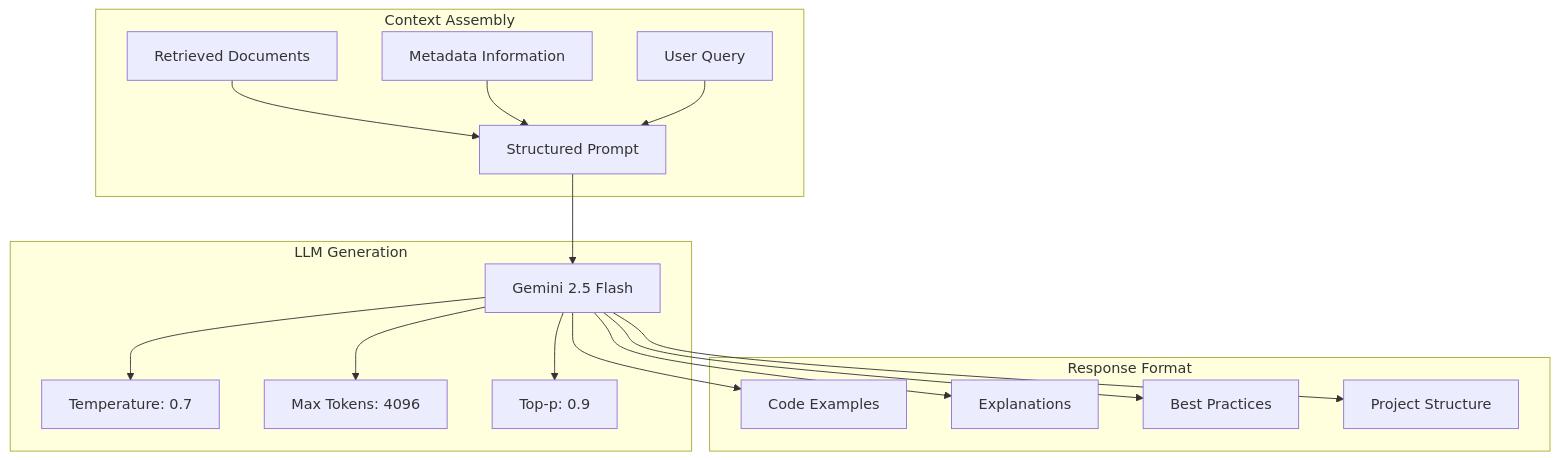
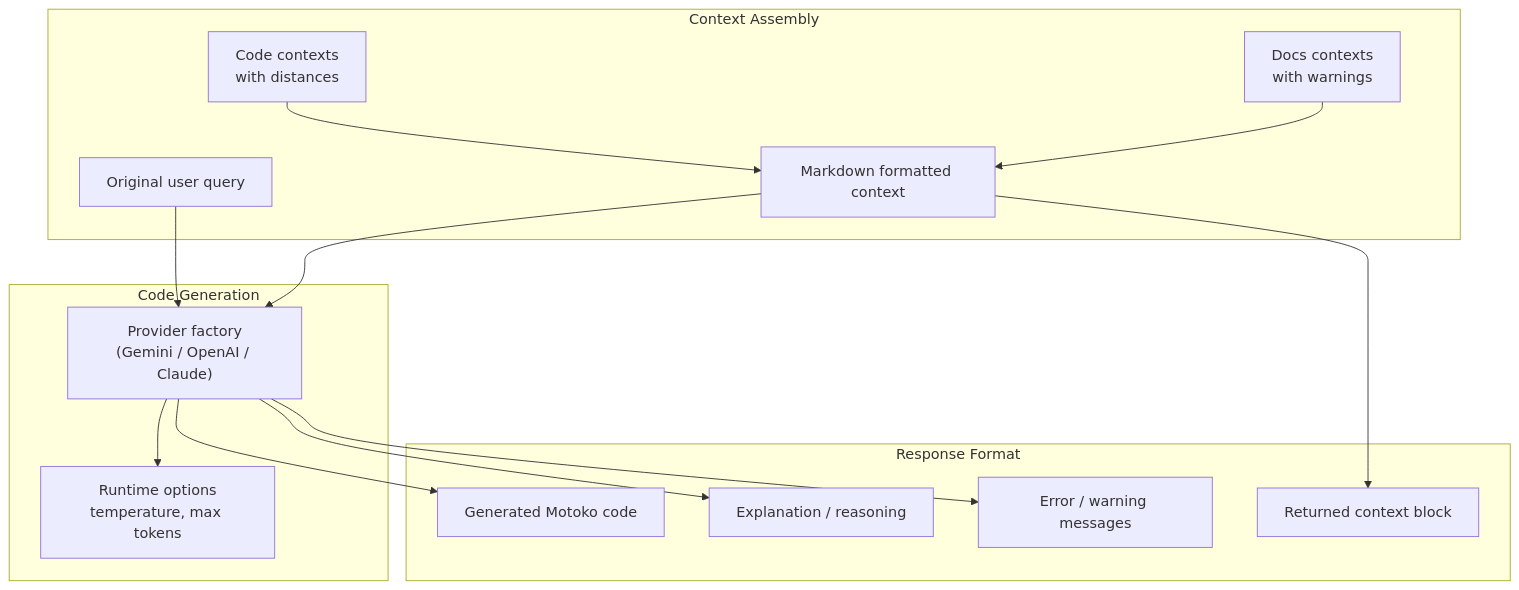
The fourth of 4 diagrams in RAG_APPROACH_DIAGRAM.md (Quantum3-Labs/icp-coder), drawn with Mermaid before and after one commit. The commit also changed other lines of this file and 3 other files, not shown here.

Commit message:
Update rag diagrams, add architecture diagram

````diff
--- a/RAG_APPROACH_DIAGRAM.md
+++ b/RAG_APPROACH_DIAGRAM.md
@@ -63,33 +67,28 @@
 ```mermaid
 graph TB
     subgraph "Context Assembly"
-        C1["Retrieved Documents"]
-        C2["Metadata Information"]
-        C3["User Query"]
-        C4["Structured Prompt"]
+        C1["Code contexts<br/>with distances"]
+        C2["Docs contexts<br/>with warnings"]
+        C3["Original user query"]
+        C4["Markdown formatted context"]
     end
-    subgraph "LLM Generation"
-        D1["Gemini 2.5 Flash"]
-        D2["Temperature: 0.7"]
-        D3["Max Tokens: 4096"]
-        D4["Top-p: 0.9"]
+    subgraph "Code Generation"
+        D1["Provider factory<br/>(Gemini / OpenAI / Claude)"]
+        D2["Runtime options<br/>temperature, max tokens"]
     end
     subgraph "Response Format"
-        E1["Code Examples"]
-        E2["Explanations"]
-        E3["Best Practices"]
-        E4["Project Structure"]
+        E1["Generated Motoko code"]
+        E2["Explanation / reasoning"]
+        E3["Returned context block"]
+        E4["Error / warning messages"]
     end
     C1 --> C4
     C2 --> C4
-    C3 --> C4
+    C3 --> D1
     C4 --> D1
     D1 --> D2
-    D1 --> D3
-    D1 --> D4
     D1 --> E1
     D1 --> E2
-    D1 --> E3
+    C4 --> E3
     D1 --> E4
-    %% Styling removed for GitHub compatibility
 ```
````
